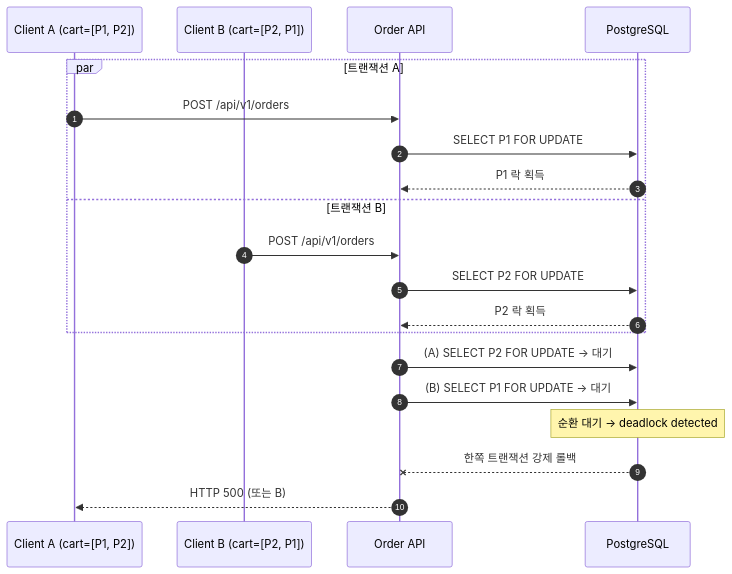
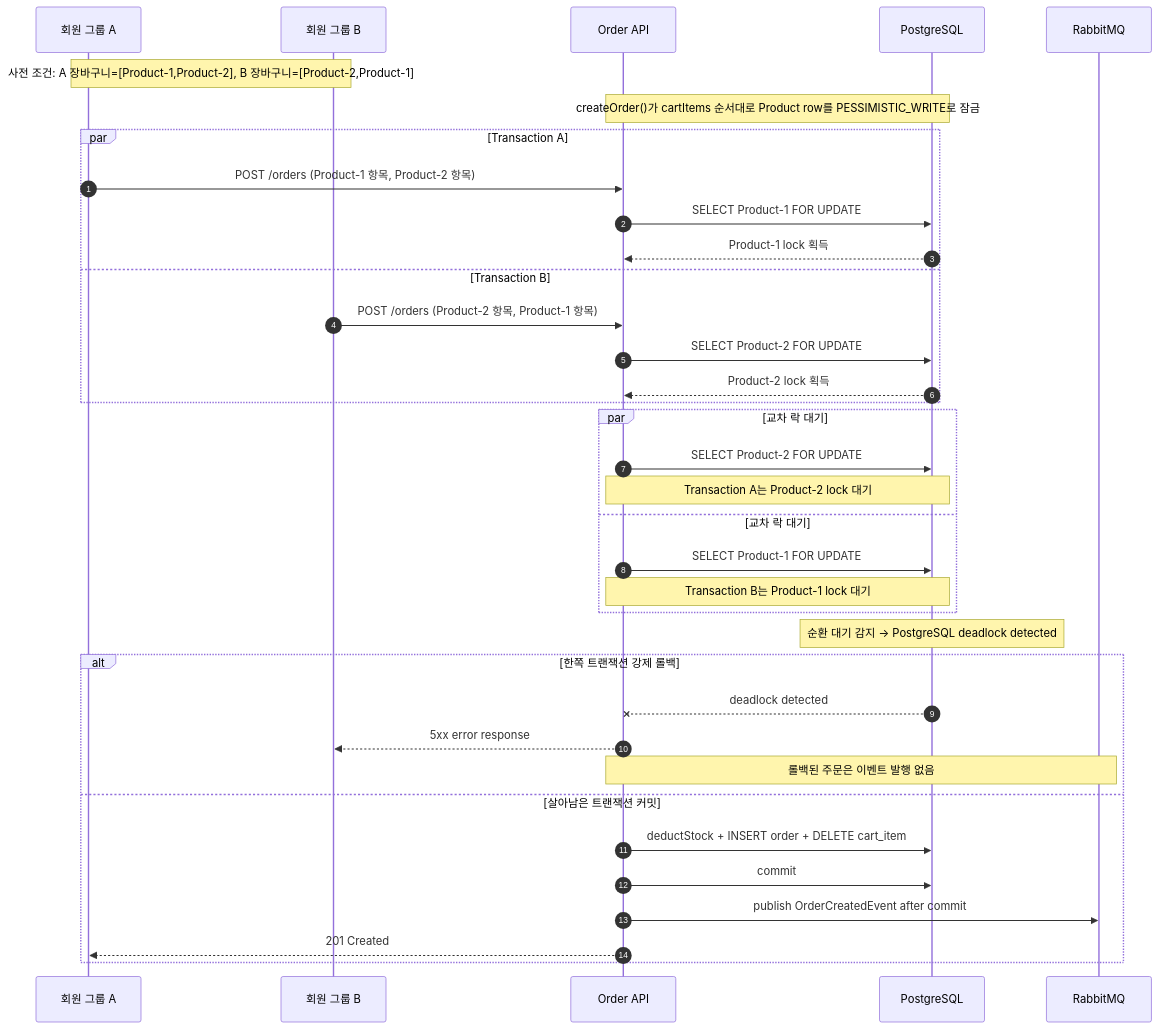
Before and after one commit to protect-my-service/tema-a: the diagram in docs/2Phase/reports/ATK-A05.md, drawn with Mermaid. The commit also changed other lines of this file and 4 other files, not shown here.

````diff
--- a/docs/2Phase/reports/ATK-A05.md
+++ b/docs/2Phase/reports/ATK-A05.md
@@ -15,24 +15,43 @@
 ```mermaid
 sequenceDiagram
     autonumber
-    participant CA as Client A (cart=[P1, P2])
-    participant CB as Client B (cart=[P2, P1])
+    participant GA as 회원 그룹 A
+    participant GB as 회원 그룹 B
     participant API as Order API
     participant DB as PostgreSQL
+    participant MQ as RabbitMQ
 
-    par 트랜잭션 A
-        CA ->> API: POST /api/v1/orders
-        API ->> DB: SELECT P1 FOR UPDATE
-        DB -->> API: P1 락 획득
-    and 트랜잭션 B
-        CB ->> API: POST /api/v1/orders
-        API ->> DB: SELECT P2 FOR UPDATE
-        DB -->> API: P2 락 획득
+    Note over GA,GB: 사전 조건: A 장바구니=[Product-1,Product-2], B 장바구니=[Product-2,Product-1]
+    Note over API,DB: createOrder()가 cartItems 순서대로 Product row를 PESSIMISTIC_WRITE로 잠금
+
+    par Transaction A
+        GA->>API: POST /orders (Product-1 항목, Product-2 항목)
+        API->>DB: SELECT Product-1 FOR UPDATE
+        DB-->>API: Product-1 lock 획득
+    and Transaction B
+        GB->>API: POST /orders (Product-2 항목, Product-1 항목)
+        API->>DB: SELECT Product-2 FOR UPDATE
+        DB-->>API: Product-2 lock 획득
     end
 
-    API ->> DB: (A) SELECT P2 FOR UPDATE → 대기
-    API ->> DB: (B) SELECT P1 FOR UPDATE → 대기
-    Note over DB: 순환 대기 → deadlock detected
-    DB --x API: 한쪽 트랜잭션 강제 롤백
-    API -->> CA: HTTP 500 (또는 B)
-```
+    par 교차 락 대기
+        API->>DB: SELECT Product-2 FOR UPDATE
+        Note over API,DB: Transaction A는 Product-2 lock 대기
+    and 교차 락 대기
+        API->>DB: SELECT Product-1 FOR UPDATE
+        Note over API,DB: Transaction B는 Product-1 lock 대기
+    end
+
+    Note over DB: 순환 대기 감지 → PostgreSQL deadlock detected
+
+    alt 한쪽 트랜잭션 강제 롤백
+        DB--xAPI: deadlock detected
+        API-->>GB: 5xx error response
+        Note over API,MQ: 롤백된 주문은 이벤트 발행 없음
+    else 살아남은 트랜잭션 커밋
+        API->>DB: deductStock + INSERT order + DELETE cart_item
+        API->>DB: commit
+        API->>MQ: publish OrderCreatedEvent after commit
+        API-->>GA: 201 Created
+    end
+```  
````
